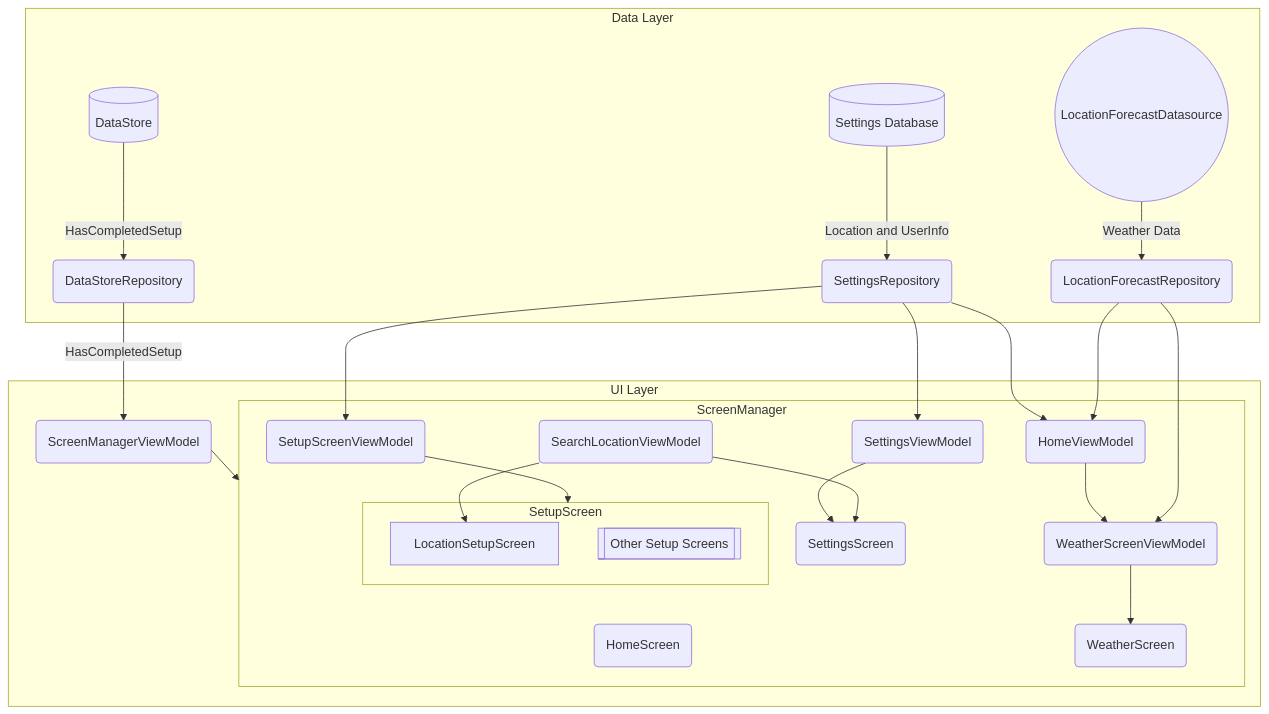
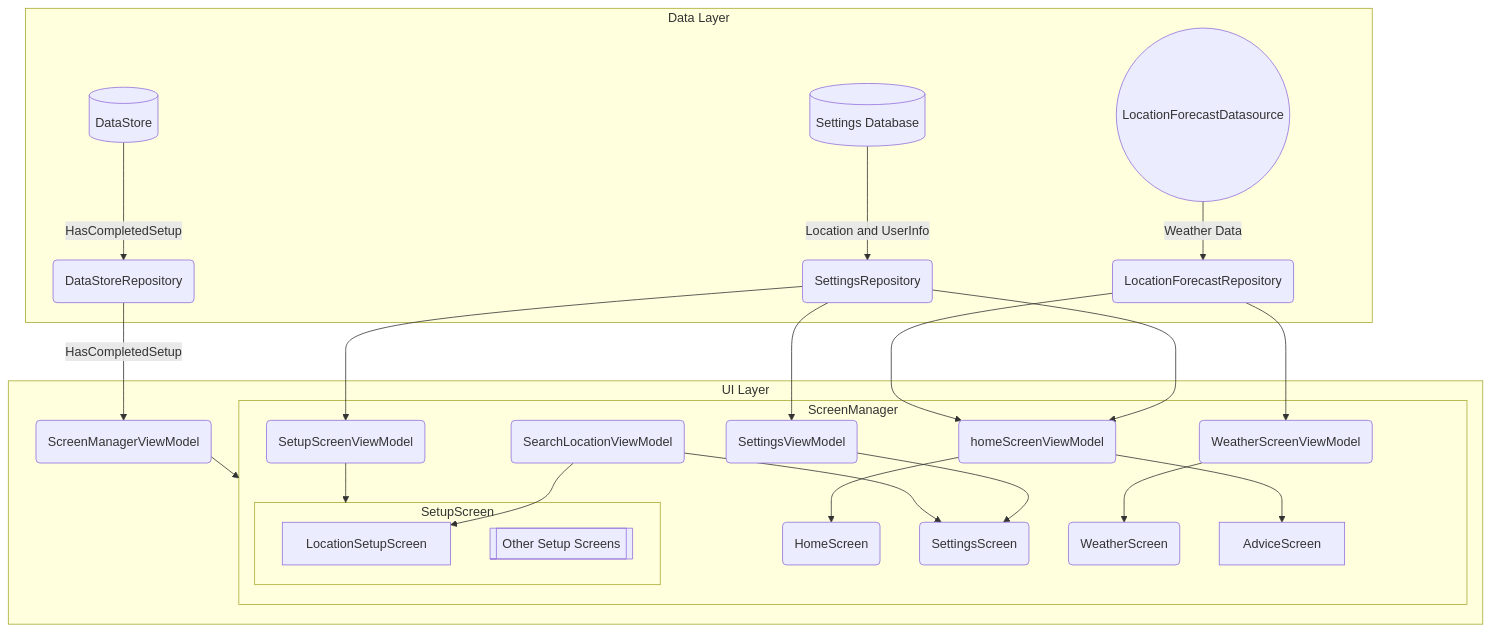
One commit to mathias1601/PawCast changed the diagram in ARCHITECTURE.md. Above: the diagram before and after it, drawn with Mermaid.

````diff
--- a/ARCHITECTURE.md
+++ b/ARCHITECTURE.md
@@ -27,79 +27,81 @@
 ```mermaid
 
 flowchart TB;
 
 subgraph UI Layer
 
     screenManagerViewModel(ScreenManagerViewModel)
     screenManagerViewModel --> ScreenManager
 
     subgraph ScreenManager
 
     homeScreen(HomeScreen)
 
     settingsScreen(SettingsScreen)
 
     weatherScreen(WeatherScreen)
 
 
 
         subgraph SetupScreen
             LocationSetupScreen
             otherSetupScreens[[Other Setup Screens]]
         end
 
 
 
-        homeViewModel(HomeViewModel)
+        homeViewModel(homeScreenViewModel)
         weatherScreenViewModel(WeatherScreenViewModel)
         settingsViewModel(SettingsViewModel)
         setupScreenViewModel(SetupScreenViewModel)
         searchLocationViewModel(SearchLocationViewModel)
 
 
 
         settingsViewModel --> settingsScreen
         searchLocationViewModel --> LocationSetupScreen
         searchLocationViewModel --> settingsScreen
-        homeViewModel -->  
 
 
         weatherScreenViewModel --> weatherScreen
         setupScreenViewModel --> SetupScreen
+        
+        homeViewModel --> AdviceScreen
+        homeViewModel --> homeScreen
     end
 end
 
 
 
 subgraph Data Layer
 
 
     locationForecastRepository(LocationForecastRepository)
     settingsRepository(SettingsRepository)
     dataStoreRepository(DataStoreRepository)
 
     locationForecastDataSource((LocationForecastDatasource))
     settingsDatabase[(Settings Database)]
     dataStore[(DataStore)]
 
 
 
     settingsRepository --> settingsViewModel
     settingsRepository --> homeViewModel
     settingsRepository --> setupScreenViewModel
 
     locationForecastRepository --> homeViewModel
     locationForecastRepository --> weatherScreenViewModel
 
     dataStoreRepository -- HasCompletedSetup--> screenManagerViewModel
     dataStore -- HasCompletedSetup--> dataStoreRepository
 
 
     settingsDatabase -- Location and UserInfo --> settingsRepository
 
     locationForecastDataSource((LocationForecastDatasource)) -- Weather Data--> locationForecastRepository
 
 end
 
 
 ```
````
